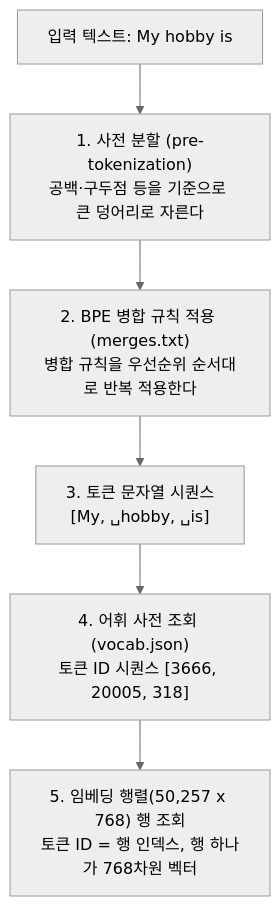
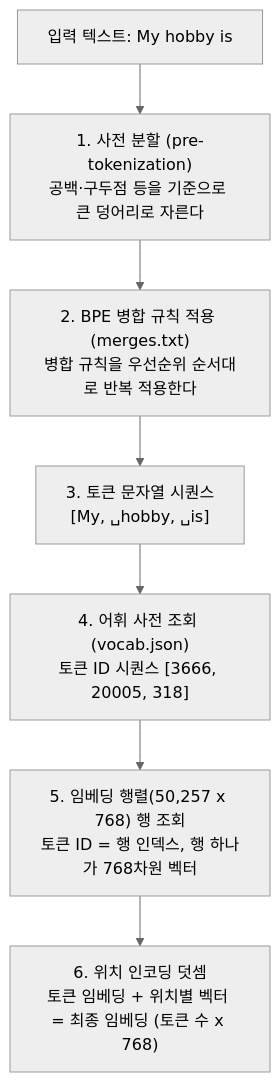
The diagram in _posts/2026-08-05-AI-LLM-Optimization-02-03-Transformer-Explainer-Embedding.md (sirzzang/sirzzang.github.io), drawn with Mermaid (neutral theme) before and after one commit. The commit also changed other lines of this file and 22 other files, not shown here.

````diff
--- a/_posts/2026-08-05-AI-LLM-Optimization-02-03-Transformer-Explainer-Embedding.md
+++ b/_posts/2026-08-05-AI-LLM-Optimization-02-03-Transformer-Explainer-Embedding.md
@@ -53,9 +53,10 @@
 ```mermaid
 flowchart TD
     A["입력 텍스트: My hobby is"]
     A --> B["1. 사전 분할 (pre-tokenization)<br/>공백·구두점 등을 기준으로 큰 덩어리로 자른다"]
     B --> C["2. BPE 병합 규칙 적용 (merges.txt)<br/>병합 규칙을 우선순위 순서대로 반복 적용한다"]
     C --> D["3. 토큰 문자열 시퀀스<br/>[My, ␣hobby, ␣is]"]
     D --> E["4. 어휘 사전 조회 (vocab.json)<br/>토큰 ID 시퀀스 [3666, 20005, 318]"]
     E --> F["5. 임베딩 행렬(50,257 x 768) 행 조회<br/>토큰 ID = 행 인덱스, 행 하나가 768차원 벡터"]
+    F --> G["6. 위치 인코딩 덧셈<br/>토큰 임베딩 + 위치별 벡터 = 최종 임베딩 (토큰 수 x 768)"]
 ```
````
